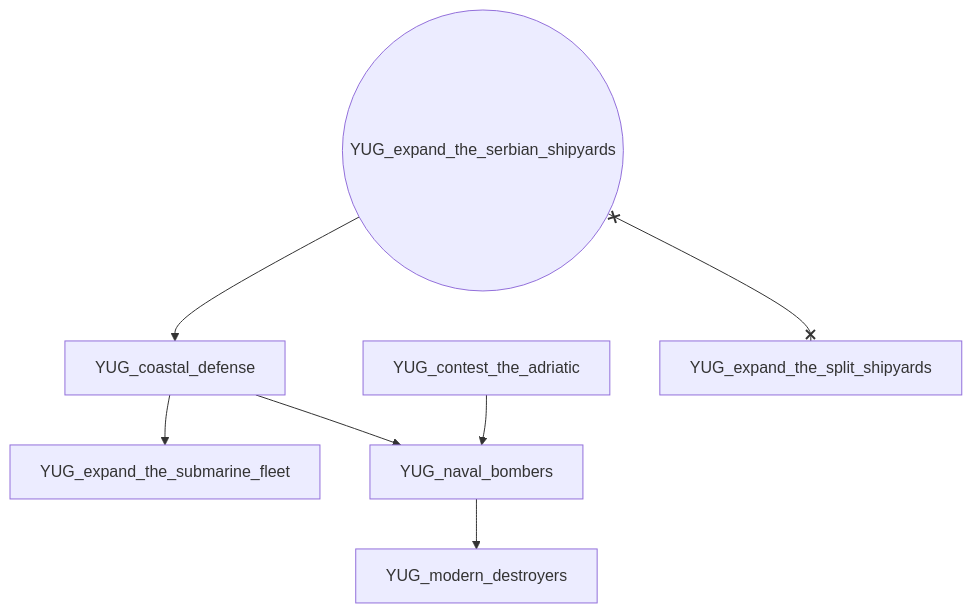
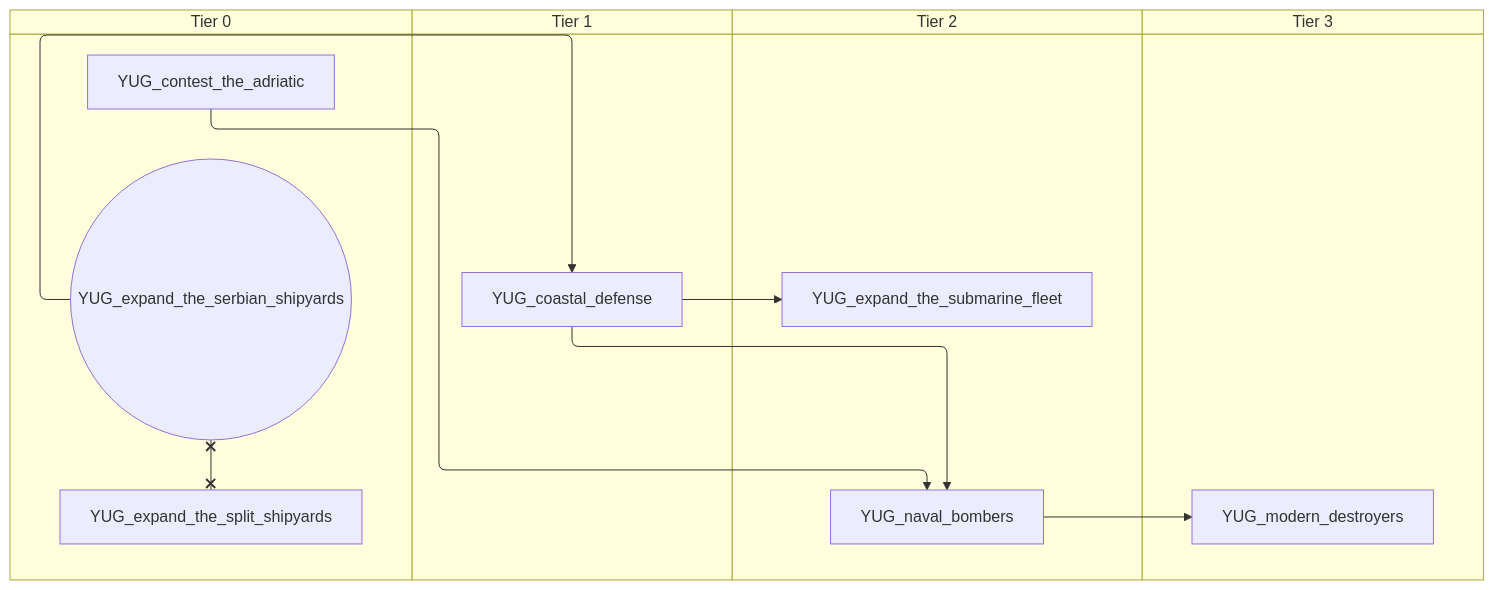
One commit to evgeny-sobol/hoi4-sandbox-mode changed the second of 7 diagrams in docs/gdd/National Focuses/yugoslavia.md. Above: the diagram before and after it, drawn with Mermaid. The commit also changed other lines of this file and 80 other files, not shown here.

First line of the commit message:
Add swimlane mode to focus graph exporter

````diff
--- a/docs/gdd/National Focuses/yugoslavia.md
+++ b/docs/gdd/National Focuses/yugoslavia.md
@@ -49,16 +59,24 @@
 ```mermaid
-flowchart TD
-    n20["YUG_coastal_defense"]
-    n21["YUG_contest_the_adriatic"]
-    n22(("YUG_expand_the_serbian_shipyards"))
-    n23["YUG_expand_the_split_shipyards"]
-    n24["YUG_expand_the_submarine_fleet"]
-    n25["YUG_modern_destroyers"]
-    n26["YUG_naval_bombers"]
-    n22 --> n20
-    n20 --> n24
-    n26 --> n25
-    n21 --> n26
-    n20 --> n26
-    n22 x--x n23
+swimlane-beta TD
+    subgraph tier_0["Tier 0"]
+        n20["YUG_contest_the_adriatic"]
+        n21(("YUG_expand_the_serbian_shipyards"))
+        n22["YUG_expand_the_split_shipyards"]
+    end
+    subgraph tier_1["Tier 1"]
+        n23["YUG_coastal_defense"]
+    end
+    subgraph tier_2["Tier 2"]
+        n24["YUG_expand_the_submarine_fleet"]
+        n25["YUG_naval_bombers"]
+    end
+    subgraph tier_3["Tier 3"]
+        n26["YUG_modern_destroyers"]
+    end
+    n21 --> n23
+    n23 --> n24
+    n25 --> n26
+    n20 --> n25
+    n23 --> n25
+    n21 x--x n22
 ```
````
